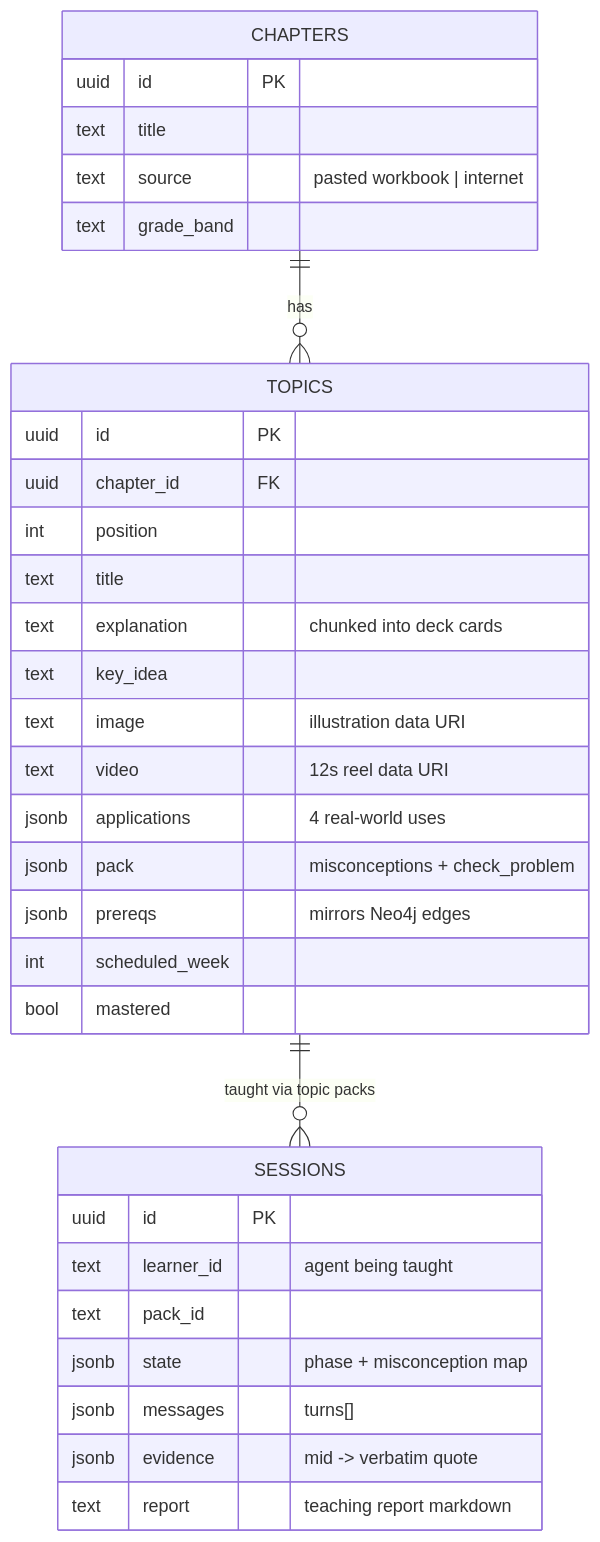
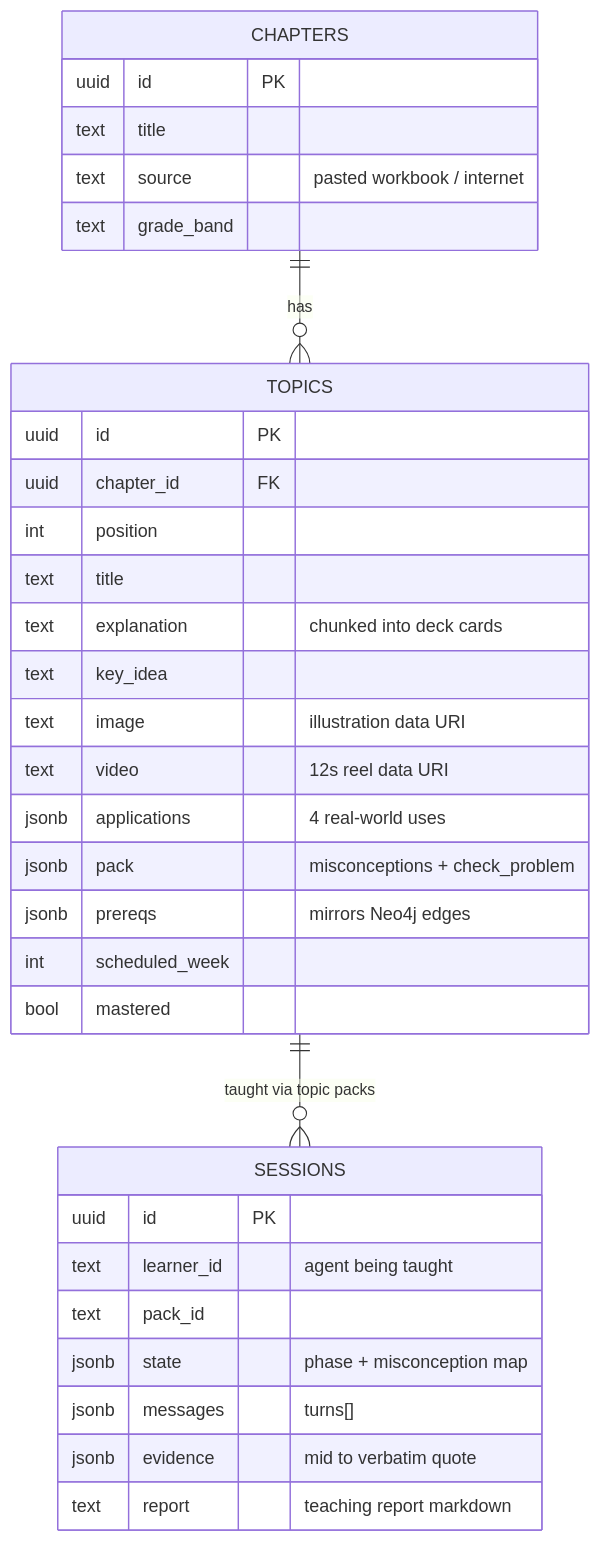
Before and after one commit to Dileep2896/protege: the third of 5 diagrams in README.md, drawn with Mermaid.

Commit message:
README: parser-safe strings in ER diagram (all 5 mermaid blocks validated with mmdc)

````diff
--- a/README.md
+++ b/README.md
@@ -159,35 +159,35 @@
 ```mermaid
 erDiagram
     CHAPTERS ||--o{ TOPICS : has
     TOPICS ||--o{ SESSIONS : "taught via topic packs"
     CHAPTERS {
         uuid id PK
         text title
-        text source "pasted workbook | internet"
+        text source "pasted workbook / internet"
         text grade_band
     }
     TOPICS {
         uuid id PK
         uuid chapter_id FK
         int position
         text title
         text explanation "chunked into deck cards"
         text key_idea
         text image "illustration data URI"
         text video "12s reel data URI"
         jsonb applications "4 real-world uses"
         jsonb pack "misconceptions + check_problem"
         jsonb prereqs "mirrors Neo4j edges"
         int scheduled_week
         bool mastered
     }
     SESSIONS {
         uuid id PK
         text learner_id "agent being taught"
         text pack_id
         jsonb state "phase + misconception map"
         jsonb messages "turns[]"
-        jsonb evidence "mid -> verbatim quote"
+        jsonb evidence "mid to verbatim quote"
         text report "teaching report markdown"
     }
 ```
````
